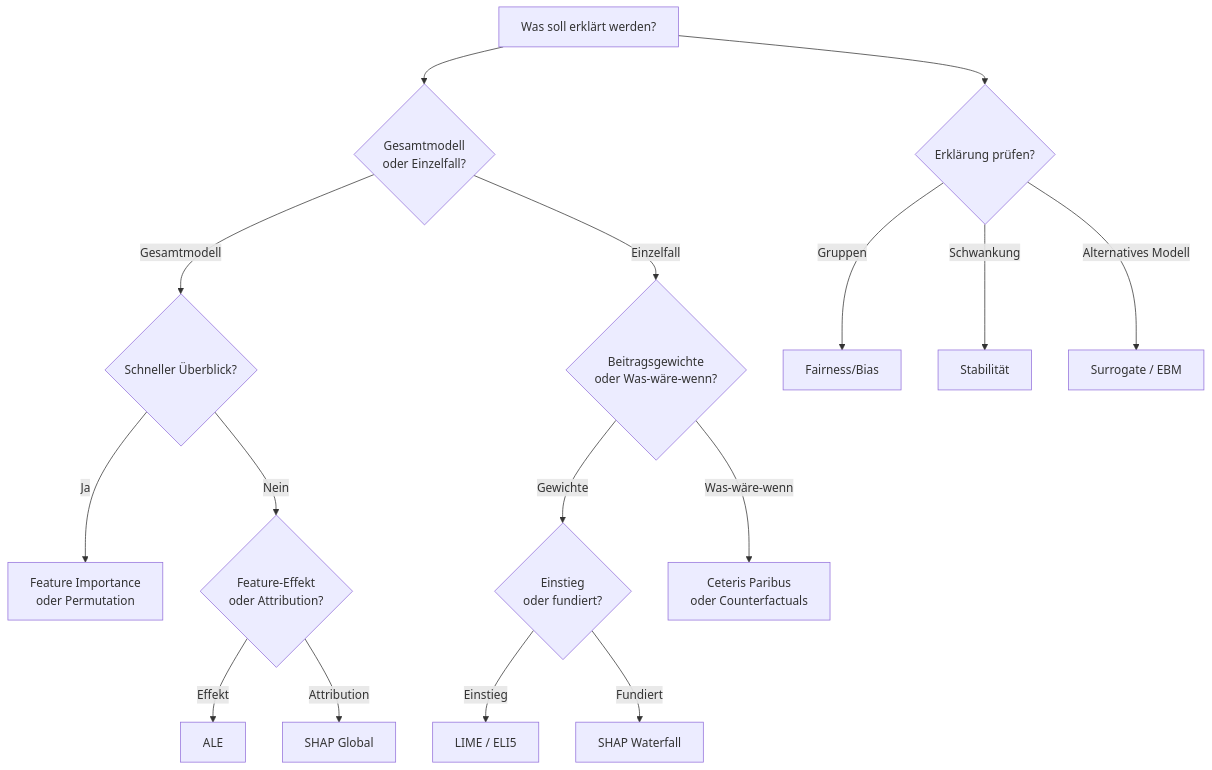
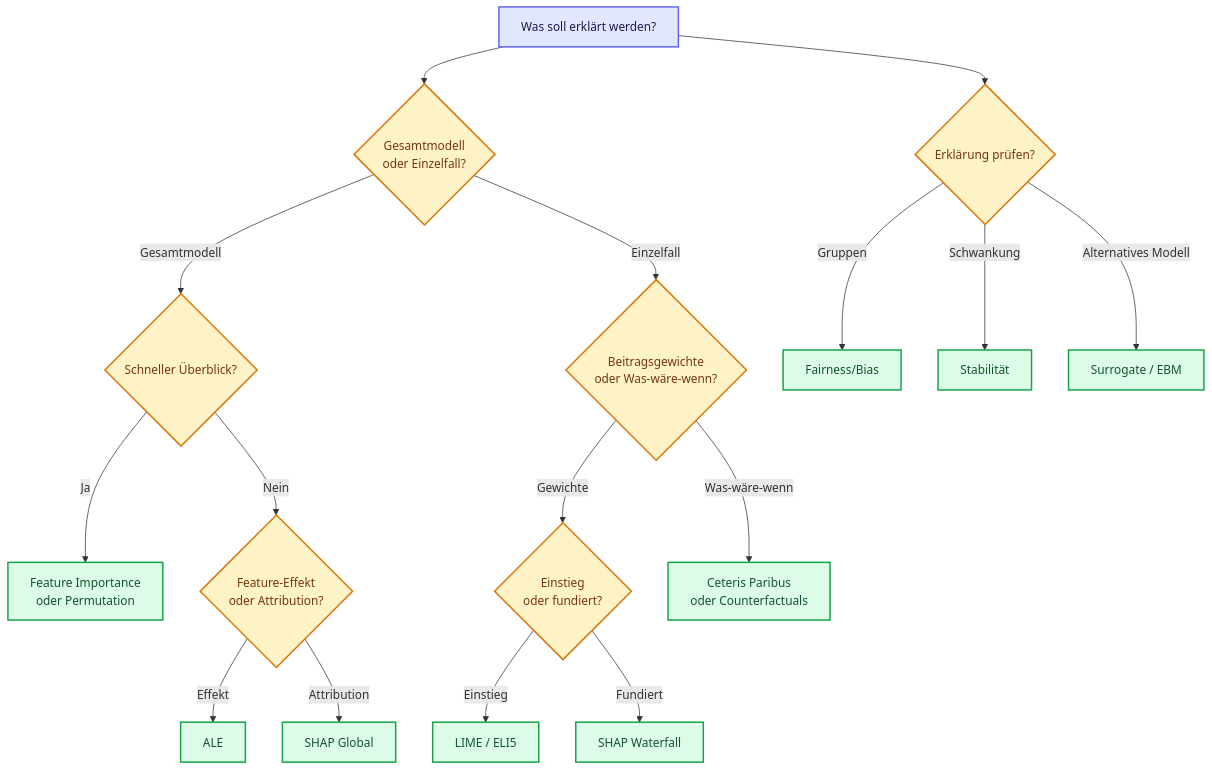
Before and after one commit to ralf-42/ML_Intro: the third of 3 diagrams in docs/concepts/xai_erklaerbare_ki.md, drawn with Mermaid. The commit also changed other lines of this file and 49 other files, not shown here.

````diff
--- a/docs/concepts/xai_erklaerbare_ki.md
+++ b/docs/concepts/xai_erklaerbare_ki.md
@@ -299,21 +313,30 @@
 ```mermaid
 flowchart TD
     START["Was soll erklärt werden?"] --> Q1{"Gesamtmodell<br>oder Einzelfall?"}
     Q1 -->|"Gesamtmodell"| G1{"Schneller Überblick?"}
     Q1 -->|"Einzelfall"| L1{"Beitragsgewichte<br>oder Was-wäre-wenn?"}
 
     G1 -->|"Ja"| FI["Feature Importance<br>oder Permutation"]
     G1 -->|"Nein"| G2{"Feature-Effekt<br>oder Attribution?"}
     G2 -->|"Effekt"| ALE["ALE"]
     G2 -->|"Attribution"| SHAPG["SHAP Global"]
 
     L1 -->|"Gewichte"| L2{"Einstieg<br>oder fundiert?"}
     L2 -->|"Einstieg"| LIME["LIME / ELI5"]
     L2 -->|"Fundiert"| SHAPL["SHAP Waterfall"]
     L1 -->|"Was-wäre-wenn"| CP["Ceteris Paribus<br>oder Counterfactuals"]
 
     START --> Q2{"Erklärung prüfen?"}
     Q2 -->|"Gruppen"| FAIR["Fairness/Bias"]
     Q2 -->|"Schwankung"| STAB["Stabilität"]
     Q2 -->|"Alternatives Modell"| EBM["Surrogate / EBM"]
+
+    classDef default fill:#e0f2fe,stroke:#0284c7,stroke-width:2px,color:#0c4a6e;
+    classDef input fill:#e0e7ff,stroke:#6366f1,stroke-width:2px,color:#1e1b4b;
+    classDef metric fill:#fef3c7,stroke:#d97706,stroke-width:2px,color:#78350f;
+    classDef output fill:#dcfce7,stroke:#16a34a,stroke-width:2px,color:#14532d;
+
+    class START input;
+    class Q1,G1,L1,G2,L2,Q2 metric;
+    class FI,ALE,SHAPG,LIME,SHAPL,CP,FAIR,STAB,EBM output;
 ```
````
